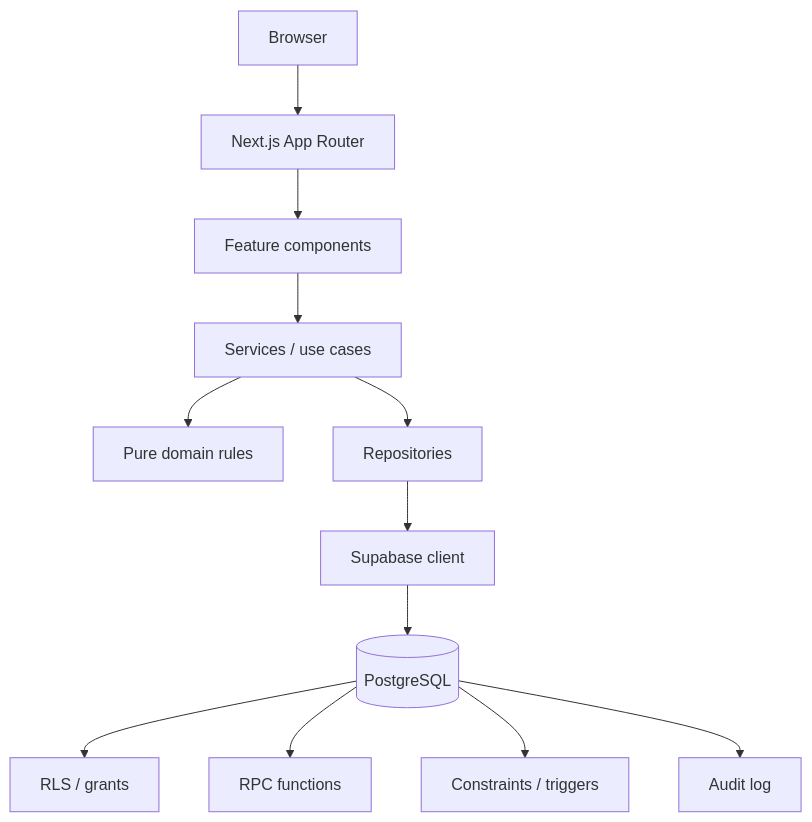
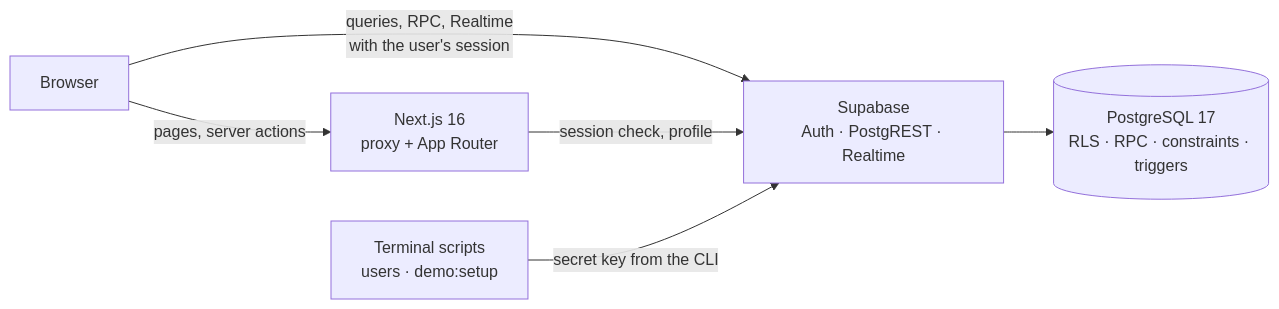
One commit to Aaron23486/dfacturas changed the first of 2 diagrams in docs/architecture.md. Above: the diagram before and after it, drawn with Mermaid. The commit also changed other lines of this file and 18 other files, not shown here.

````diff
--- a/docs/architecture.md
+++ b/docs/architecture.md
@@ -9,14 +12,8 @@
 ```mermaid
-flowchart TD
-    B[Browser] --> N[Next.js App Router]
-    N --> F[Feature components]
-    F --> S[Services / use cases]
-    S --> D[Pure domain rules]
-    S --> R[Repositories]
-    R --> C[Supabase client]
-    C --> P[(PostgreSQL)]
-    P --> RLS[RLS / grants]
-    P --> RPC[RPC functions]
-    P --> CON[Constraints / triggers]
-    P --> AUD[Audit log]
+flowchart LR
+    B[Browser] -->|pages, server actions| N[Next.js 16<br/>proxy + App Router]
+    B -->|queries, RPC, Realtime<br/>with the user's session| S[Supabase<br/>Auth · PostgREST · Realtime]
+    N -->|session check, profile| S
+    S --> P[(PostgreSQL 17<br/>RLS · RPC · constraints · triggers)]
+    T[Terminal scripts<br/>users · demo:setup] -->|secret key from the CLI| S
 ```
````
